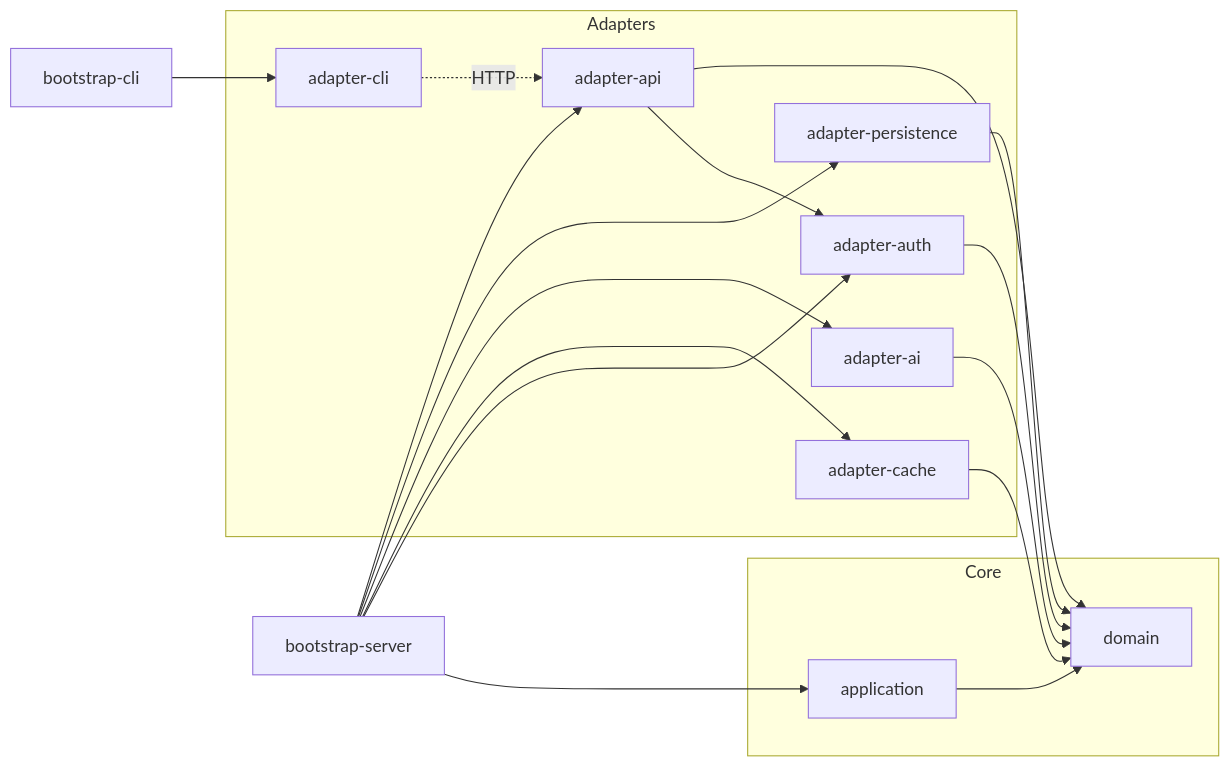
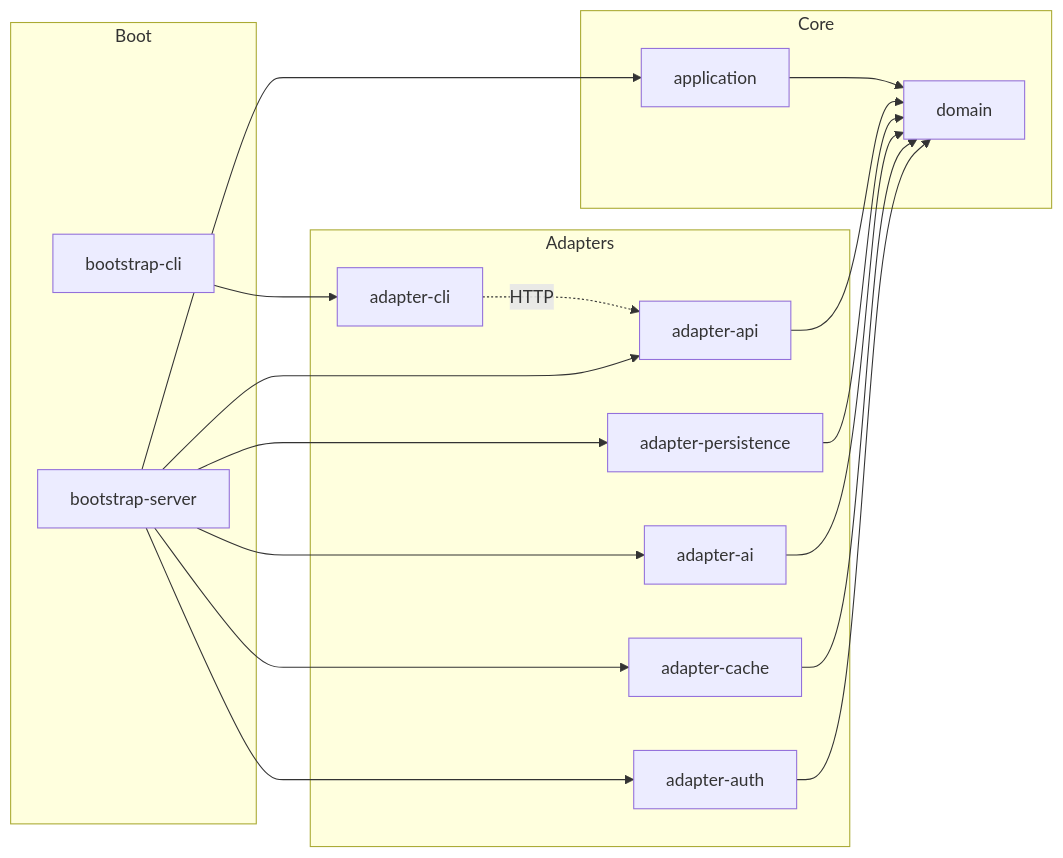
The first of 3 diagrams in README.md (JuanPabloJimenezEsclusa/alexandra-job-tracker), drawn with Mermaid before and after one commit. The commit also changed other lines of this file and 5 other files, not shown here.

Commit message:
refactor(architecture): break adapter dependency between api and auth

````diff
--- a/README.md
+++ b/README.md
@@ -95,23 +95,27 @@
 ```mermaid
 flowchart LR
-    subgraph core [Core]
-        domain
-        application
-    end
+  subgraph bootstrap [Boot]
+    bootstrap-server
+    bootstrap-cli
+  end
 
-    subgraph adapters [Adapters]
-        adapter-api
-        adapter-auth
-        adapter-persistence
-        adapter-ai
-        adapter-cache
-        adapter-cli
-    end
+  subgraph core [Core]
+    domain
+    application
+  end
 
-    application --> domain
-    adapter-cli -.-> |HTTP| adapter-api
-    bootstrap-server --> adapter-api & application & adapter-persistence & adapter-ai & adapter-cache & adapter-auth
-    adapter-api & adapter-persistence & adapter-ai & adapter-cache & adapter-auth --> domain
-    adapter-api --> adapter-auth
-    bootstrap-cli --> adapter-cli
+  subgraph adapters [Adapters]
+    adapter-api
+    adapter-auth
+    adapter-persistence
+    adapter-ai
+    adapter-cache
+    adapter-cli
+  end
+
+  application --> domain
+  adapter-cli -.-> |HTTP| adapter-api
+  bootstrap-server --> adapter-api & application & adapter-persistence & adapter-ai & adapter-cache & adapter-auth
+  adapter-api & adapter-persistence & adapter-ai & adapter-cache & adapter-auth --> domain
+  bootstrap-cli --> adapter-cli
 ```
````
